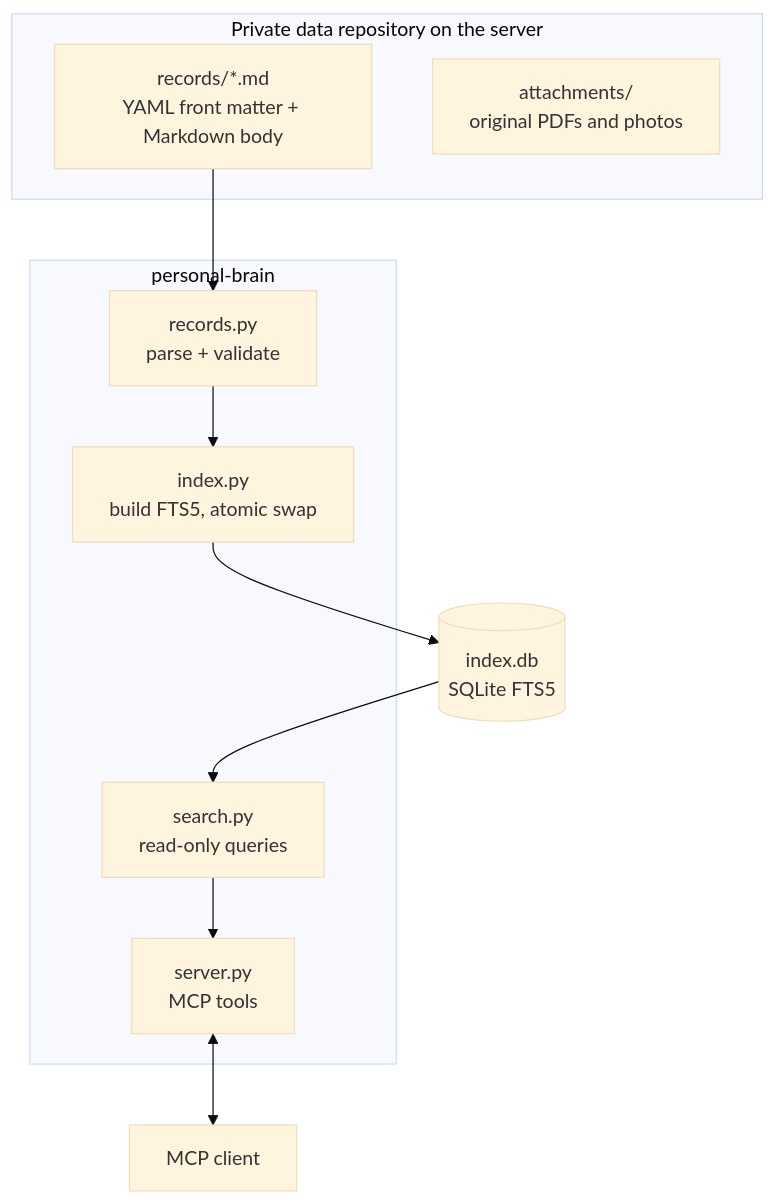
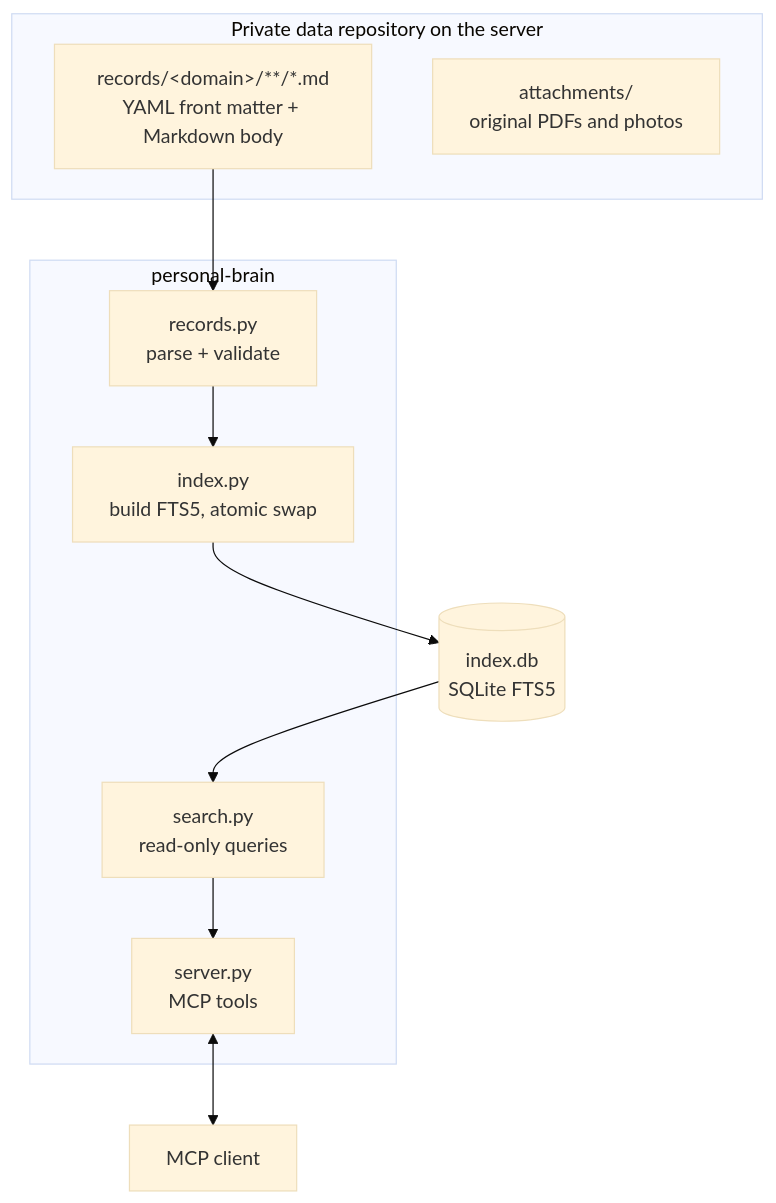
Before and after one commit to adayanecoutinho/personal-brain: the first of 3 diagrams in ARCHITECTURE.md, drawn with Mermaid (base theme). The commit also changed other lines of this file and 20 other files, not shown here.

````diff
--- a/ARCHITECTURE.md
+++ b/ARCHITECTURE.md
@@ -15,20 +15,20 @@
 ```mermaid
 flowchart TB
     subgraph data[Private data repository on the server]
-        MD[records/*.md<br/>YAML front matter + Markdown body]
+        MD[records/&lt;domain&gt;/**/*.md<br/>YAML front matter + Markdown body]
         ATT[attachments/<br/>original PDFs and photos]
     end
 
     subgraph app[personal-brain]
         REC[records.py<br/>parse + validate]
         IDX[index.py<br/>build FTS5, atomic swap]
         Q[search.py<br/>read-only queries]
         SRV[server.py<br/>MCP tools]
     end
 
     DB[(index.db<br/>SQLite FTS5)]
 
     MD --> REC --> IDX --> DB
     DB --> Q --> SRV
     SRV <--> CLIENT[MCP client]
 ```
````
